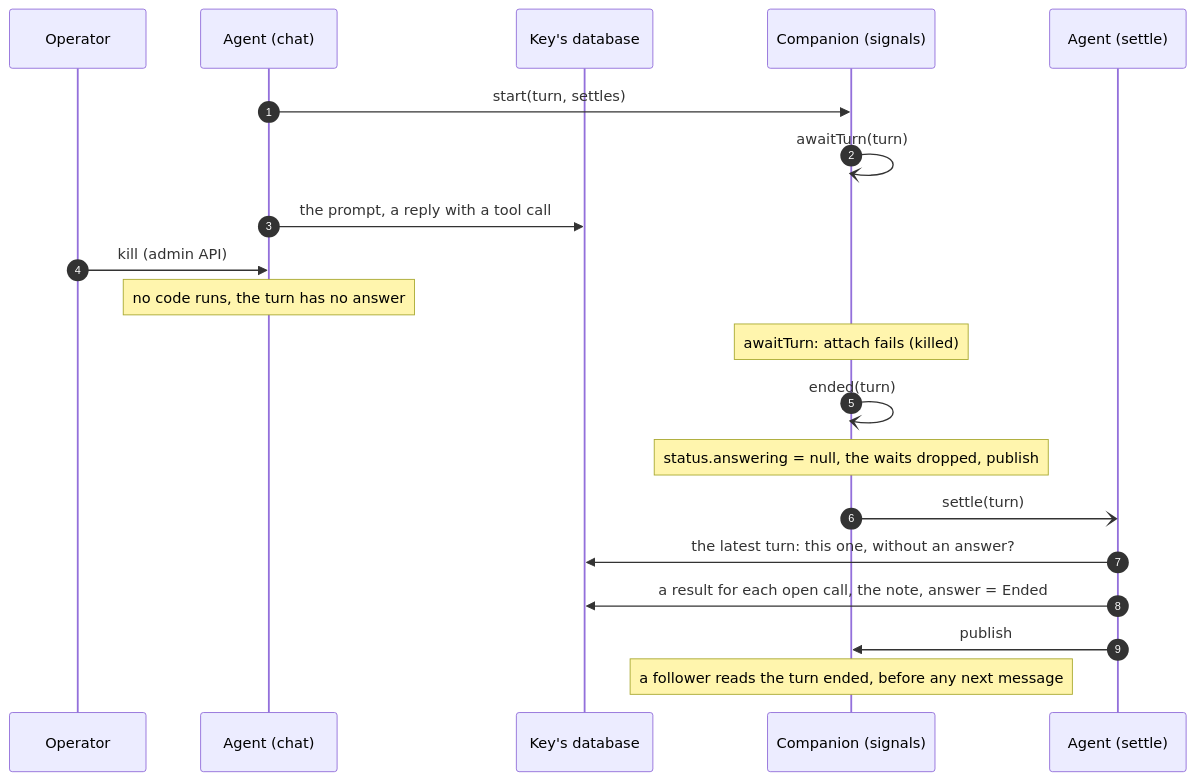
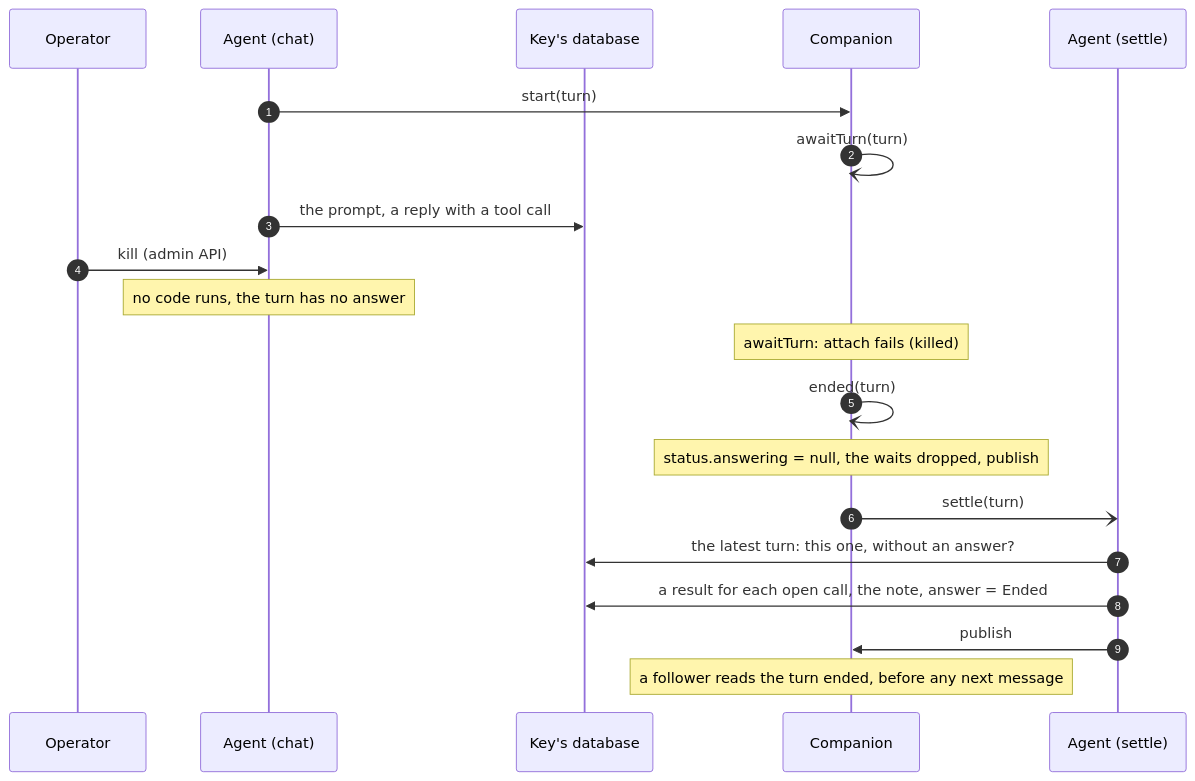
Before and after one commit to restatedev/sdk-python: the second of 9 diagrams in docs/agents/turns.md, drawn with Mermaid. The commit also changed other lines of this file and 44 other files, not shown here.

````diff
--- a/docs/agents/turns.md
+++ b/docs/agents/turns.md
@@ -227,22 +282,22 @@
 ```mermaid
 sequenceDiagram
   autonumber
   participant O as Operator
   participant A as Agent (chat)
   participant DB as Key's database
-  participant S as Companion (signals)
+  participant S as Companion
   participant T as Agent (settle)
-  A->>S: start(turn, settles)
+  A->>S: start(turn)
   S-)S: awaitTurn(turn)
   A->>DB: the prompt, a reply with a tool call
   O->>A: kill (admin API)
   Note over A: no code runs, the turn has no answer
   Note over S: awaitTurn: attach fails (killed)
   S-)S: ended(turn)
   Note over S: status.answering = null, the waits dropped, publish
   S-)T: settle(turn)
   T->>DB: the latest turn: this one, without an answer?
   T->>DB: a result for each open call, the note, answer = Ended
   T->>S: publish
   Note over S: a follower reads the turn ended, before any next message
 ```
````
